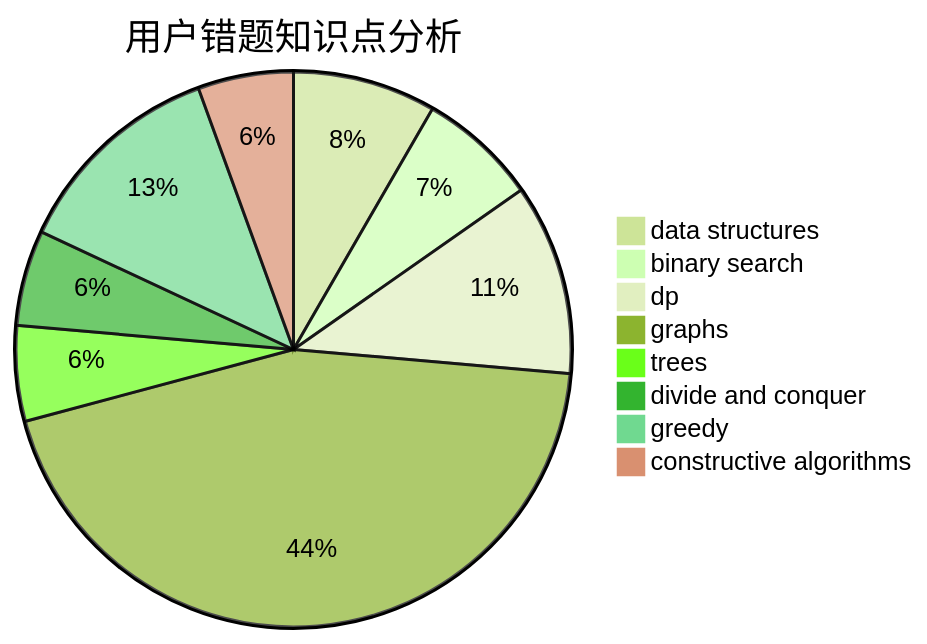
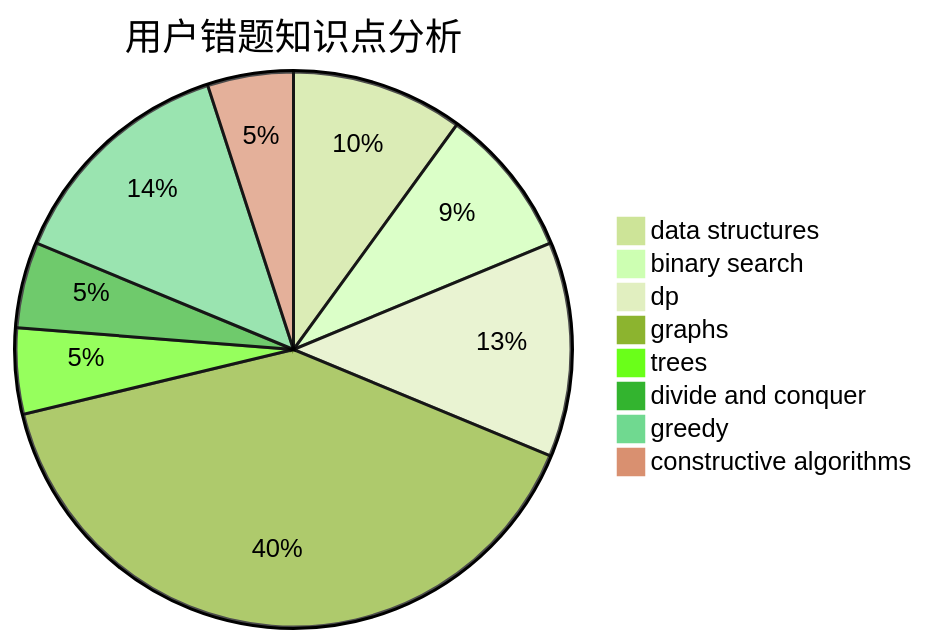
The third of 3 diagrams in docs/user/u3.md (sherpahu/cfrs.github.io), drawn with Mermaid (forest theme) before and after one commit. The commit also changed other lines of this file and 2770 other files, not shown here.

````diff
--- a/docs/user/u3.md
+++ b/docs/user/u3.md
@@ -36,11 +36,11 @@
 ```mermaid
 pie title 用户错题知识点分析
-    "data structures" :  6
-    "binary search" :  5
-    "dp" :  8
+    "data structures" :  8
+    "binary search" :  7
+    "dp" :  10
     "graphs" :  32
     "trees" :  4
     "divide and conquer" :  4
-    "greedy" :  9
+    "greedy" :  11
     "constructive algorithms" :  4
 ```
````
